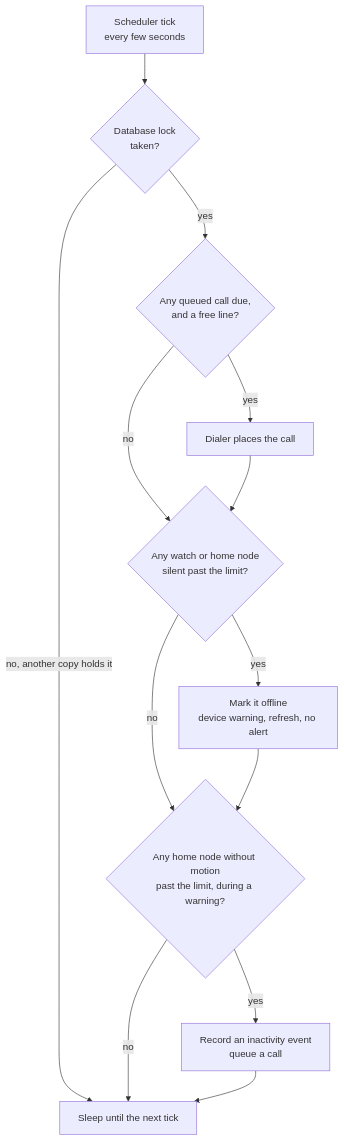
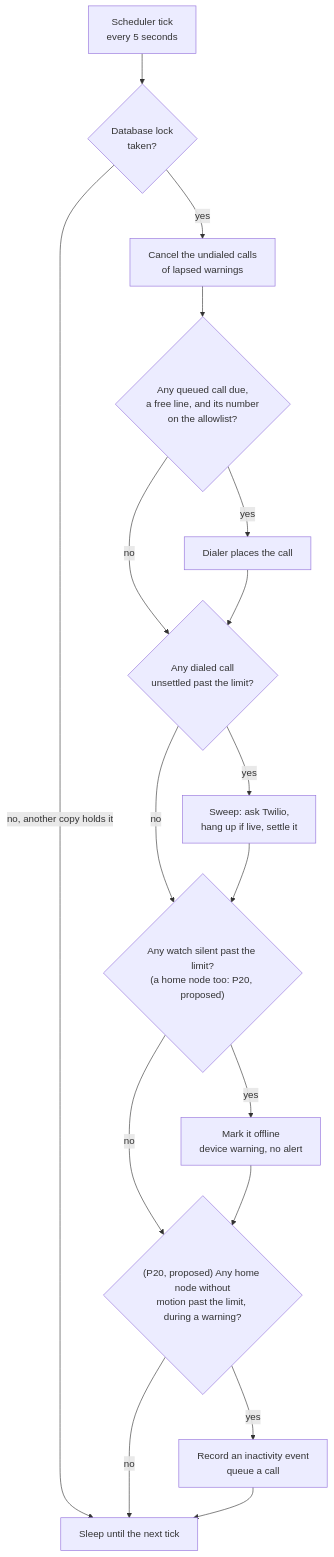
Before and after one commit to paulhondola/EchoCare: the diagram in docs/specs/echocare/06-operations.md, drawn with Mermaid. The commit also changed other lines of this file and 5 other files, not shown here.

````diff
--- a/docs/specs/echocare/06-operations.md
+++ b/docs/specs/echocare/06-operations.md
@@ -41,15 +41,19 @@
 ```mermaid
 flowchart TD
-    TICK["Scheduler tick<br/>every few seconds"] --> LOCK{"Database lock<br/>taken?"}
+    TICK["Scheduler tick<br/>every 5 seconds"] --> LOCK{"Database lock<br/>taken?"}
     LOCK -->|"no, another copy holds it"| SLEEP["Sleep until the next tick"]
-    LOCK -->|yes| DUE{"Any queued call due,<br/>and a free line?"}
+    LOCK -->|yes| LAPSE["Cancel the undialed calls<br/>of lapsed warnings"]
+    LAPSE --> DUE{"Any queued call due,<br/>a free line, and its number<br/>on the allowlist?"}
     DUE -->|yes| PLACE["Dialer places the call"]
-    DUE -->|no| WD
-    PLACE --> WD{"Any watch or home node<br/>silent past the limit?"}
-    WD -->|yes| OFF["Mark it offline<br/>device warning, refresh, no alert"]
+    DUE -->|no| STUCK
+    PLACE --> STUCK{"Any dialed call<br/>unsettled past the limit?"}
+    STUCK -->|yes| SWEEP["Sweep: ask Twilio,<br/>hang up if live, settle it"]
+    STUCK -->|no| WD
+    SWEEP --> WD{"Any watch silent past the limit?<br/>(a home node too: P20, proposed)"}
+    WD -->|yes| OFF["Mark it offline<br/>device warning, no alert"]
     WD -->|no| NM
-    OFF --> NM{"Any home node without motion<br/>past the limit, during a warning?"}
+    OFF --> NM{"(P20, proposed) Any home node without<br/>motion past the limit, during a warning?"}
     NM -->|yes| INA["Record an inactivity event<br/>queue a call"]
     NM -->|no| SLEEP
     INA --> SLEEP
 ```
````
